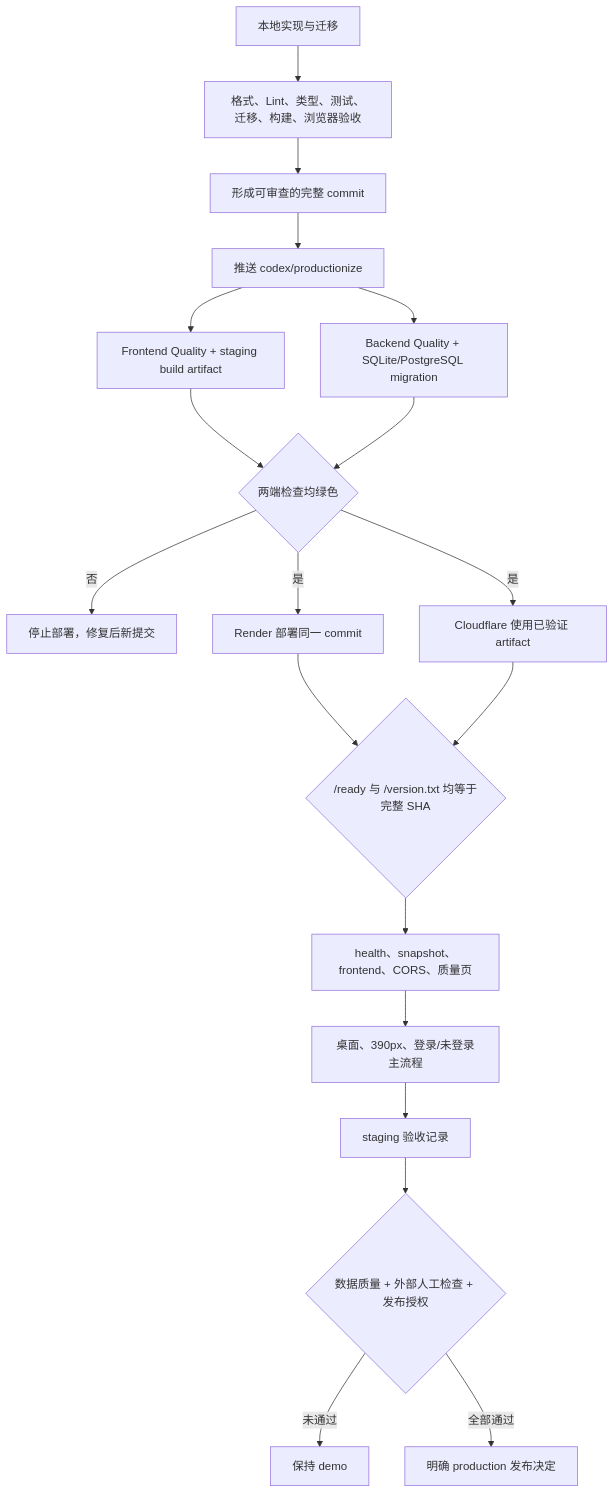
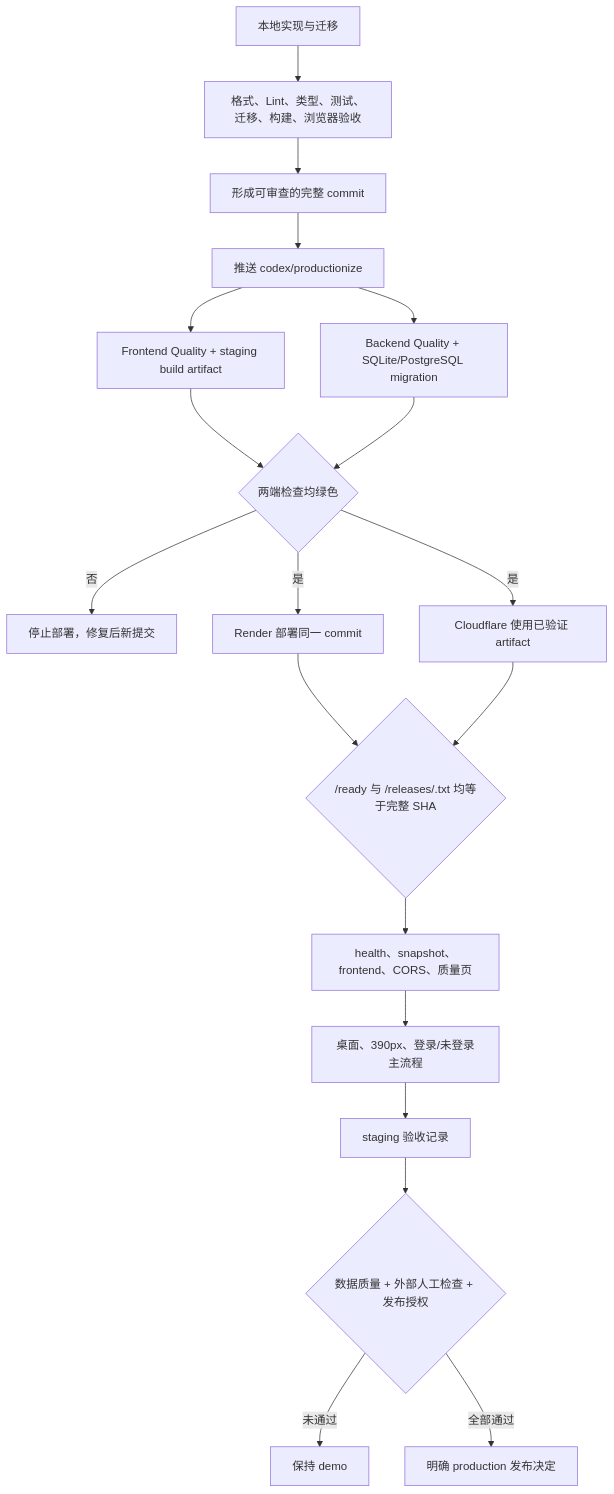
One commit to xuerp/ai-knowledge-explorer changed the sixth of 6 diagrams in docs/END_TO_END_OPERATING_MODEL.md. Above: the diagram before and after it, drawn with Mermaid. The commit also changed other lines of this file and 4 other files, not shown here.

````diff
--- a/docs/END_TO_END_OPERATING_MODEL.md
+++ b/docs/END_TO_END_OPERATING_MODEL.md
@@ -218,21 +218,21 @@
 ```mermaid
 flowchart TD
   Local["本地实现与迁移"] --> LocalGate["格式、Lint、类型、测试、迁移、构建、浏览器验收"]
   LocalGate --> Commit["形成可审查的完整 commit"]
   Commit --> Push["推送 codex/productionize"]
   Push --> FrontCI["Frontend Quality + staging build artifact"]
   Push --> BackCI["Backend Quality + SQLite/PostgreSQL migration"]
   FrontCI --> Checks{"两端检查均绿色"}
   BackCI --> Checks
   Checks -->|否| Stop["停止部署，修复后新提交"]
   Checks -->|是| Render["Render 部署同一 commit"]
   Checks -->|是| Worker["Cloudflare 使用已验证 artifact"]
-  Render --> Match{"/ready 与 /version.txt 均等于完整 SHA"}
+  Render --> Match{"/ready 与 /releases/<sha>.txt 均等于完整 SHA"}
   Worker --> Match
   Match --> Smoke["health、snapshot、frontend、CORS、质量页"]
   Smoke --> UX["桌面、390px、登录/未登录主流程"]
   UX --> StagingAccepted["staging 验收记录"]
   StagingAccepted --> LiveGate{"数据质量 + 外部人工检查 + 发布授权"}
   LiveGate -->|未通过| Demo["保持 demo"]
   LiveGate -->|全部通过| ReleaseDecision["明确 production 发布决定"]
 ```
````
